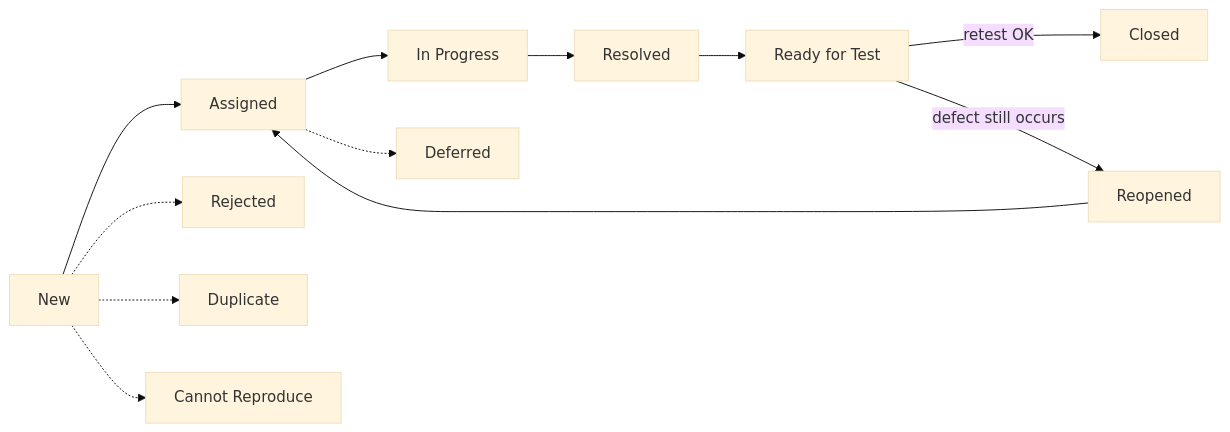
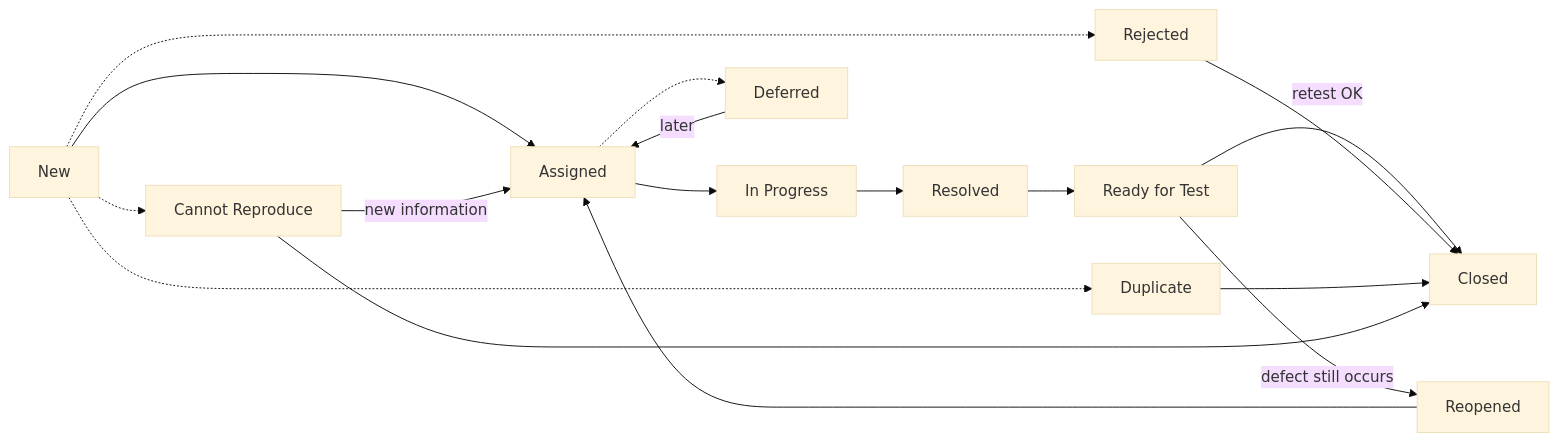
Before and after one commit to Finito21/Quality_Assurance: the diagram in docs/fundamentals/test_management.en.md, drawn with Mermaid (base theme). The commit also changed other lines of this file and 93 other files, not shown here.

````diff
--- a/docs/fundamentals/test_management.en.md
+++ b/docs/fundamentals/test_management.en.md
@@ -114,12 +114,17 @@
 ```mermaid
 flowchart LR
     accTitle: Defect lifecycle
-    accDescr: A new defect is assigned, fixed and sent for a retest. After a successful retest it is closed, after a failed one it is reopened. A report can also be rejected, marked as a duplicate, marked as cannot reproduce or deferred.
+    accDescr: A new defect is assigned, fixed and sent for a retest. After a successful retest it is closed, after a failed one it is reopened. A report can also be rejected or marked as a duplicate, and is then closed. A report that cannot be reproduced goes back to work once more information is added, or is closed, and a deferred one is assigned again when its time comes.
     New --> Assigned --> InProgress[In Progress] --> Resolved --> RFT[Ready for Test]
     RFT -->|retest OK| Closed
     RFT -->|defect still occurs| Reopened --> Assigned
     New -.-> Rejected
     New -.-> Duplicate
     New -.-> CannotReproduce[Cannot Reproduce]
     Assigned -.-> Deferred
+    Rejected --> Closed
+    Duplicate --> Closed
+    CannotReproduce -->|new information| Assigned
+    CannotReproduce --> Closed
+    Deferred -->|later| Assigned
 ```
````
